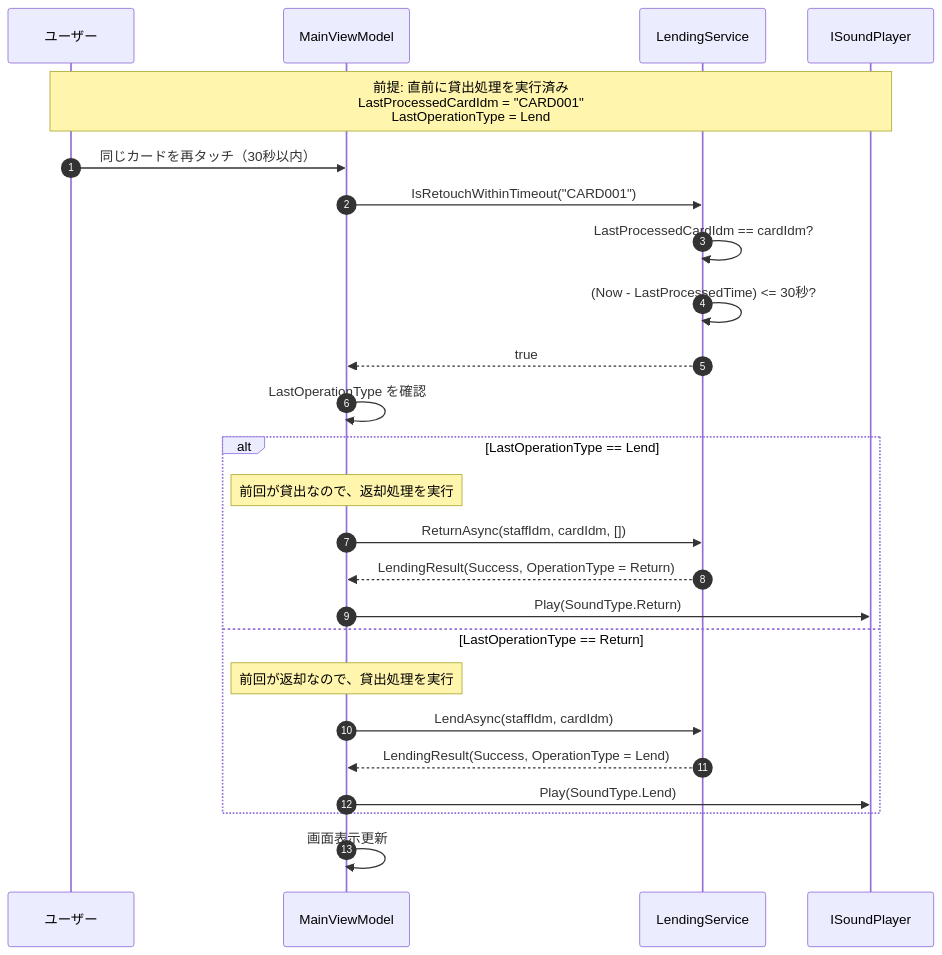
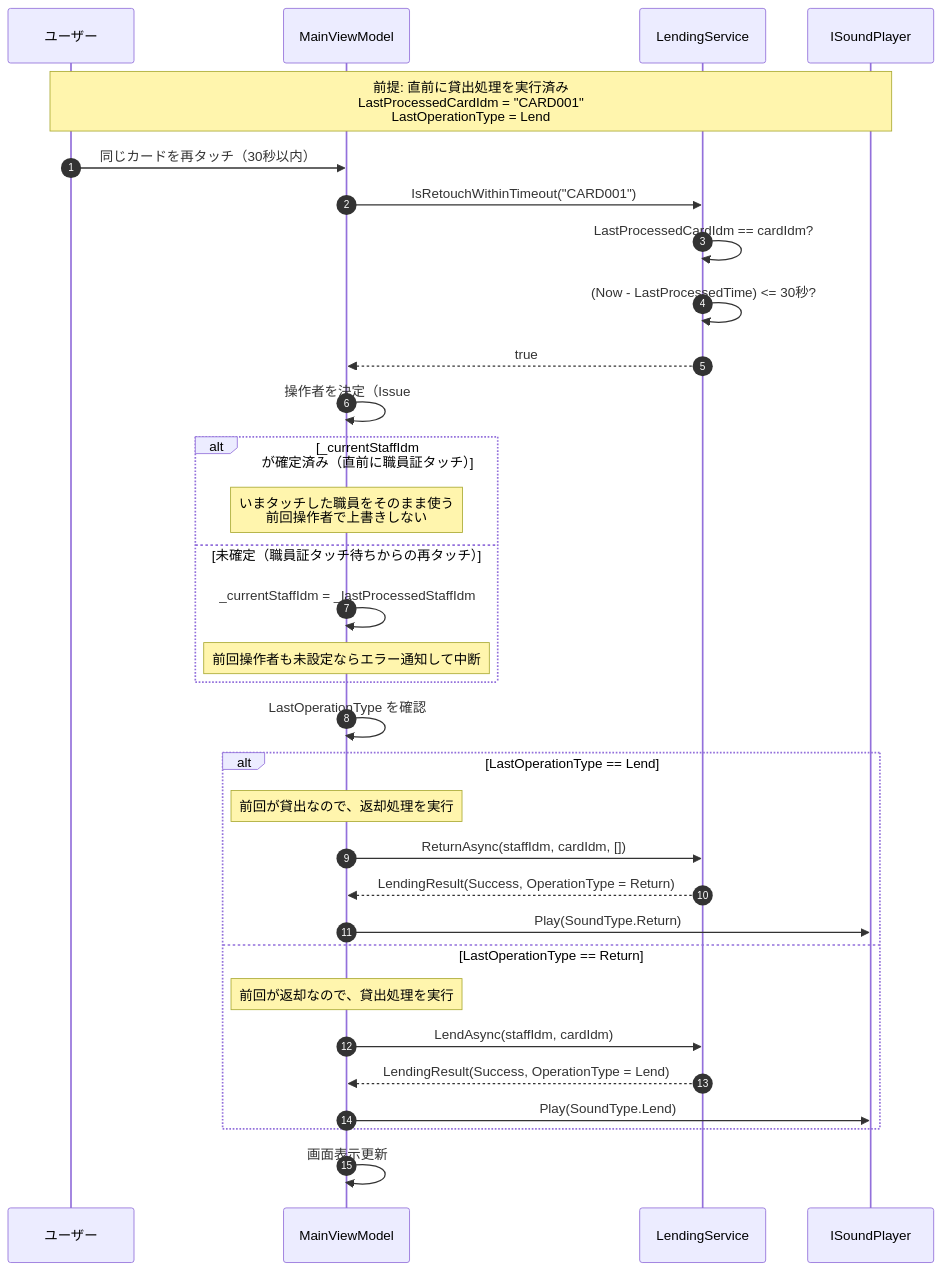
One commit to kuwayamamasayuki/ICCardManager changed the fifth of 15 diagrams in ICCardManager/docs/design/06_シーケンス図.md. Above: the diagram before and after it, drawn with Mermaid. The commit also changed 9 other files, not shown here.

````diff
--- a/ICCardManager/docs/design/06_シーケンス図.md
+++ b/ICCardManager/docs/design/06_シーケンス図.md
@@ -310,33 +310,42 @@
 ```mermaid
 sequenceDiagram
     autonumber
     participant User as ユーザー
     participant VM as MainViewModel
     participant LS as LendingService
     participant Sound as ISoundPlayer
 
     Note over User,Sound: 前提: 直前に貸出処理を実行済み<br/>LastProcessedCardIdm = "CARD001"<br/>LastOperationType = Lend
 
     User->>VM: 同じカードを再タッチ（30秒以内）
 
     VM->>LS: IsRetouchWithinTimeout("CARD001")
     LS->>LS: LastProcessedCardIdm == cardIdm?
     LS->>LS: (Now - LastProcessedTime) <= 30秒?
     LS-->>VM: true
 
+    VM->>VM: 操作者を決定（Issue #1729）
+
+    alt _currentStaffIdm が確定済み（直前に職員証タッチ）
+        Note over VM: いまタッチした職員をそのまま使う<br/>前回操作者で上書きしない
+    else 未確定（職員証タッチ待ちからの再タッチ）
+        VM->>VM: _currentStaffIdm = _lastProcessedStaffIdm
+        Note over VM: 前回操作者も未設定ならエラー通知して中断
+    end
+
     VM->>VM: LastOperationType を確認
 
     alt LastOperationType == Lend
         Note over VM: 前回が貸出なので、返却処理を実行
         VM->>LS: ReturnAsync(staffIdm, cardIdm, [])
         LS-->>VM: LendingResult(Success, OperationType = Return)
         VM->>Sound: Play(SoundType.Return)
     else LastOperationType == Return
         Note over VM: 前回が返却なので、貸出処理を実行
         VM->>LS: LendAsync(staffIdm, cardIdm)
         LS-->>VM: LendingResult(Success, OperationType = Lend)
         VM->>Sound: Play(SoundType.Lend)
     end
 
     VM->>VM: 画面表示更新
 ```
````
